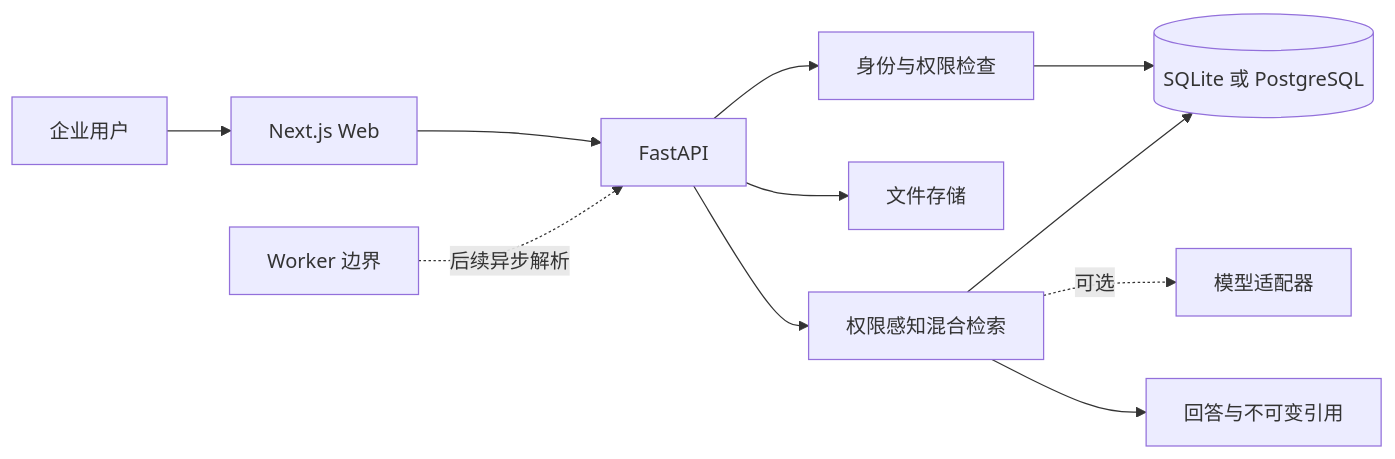
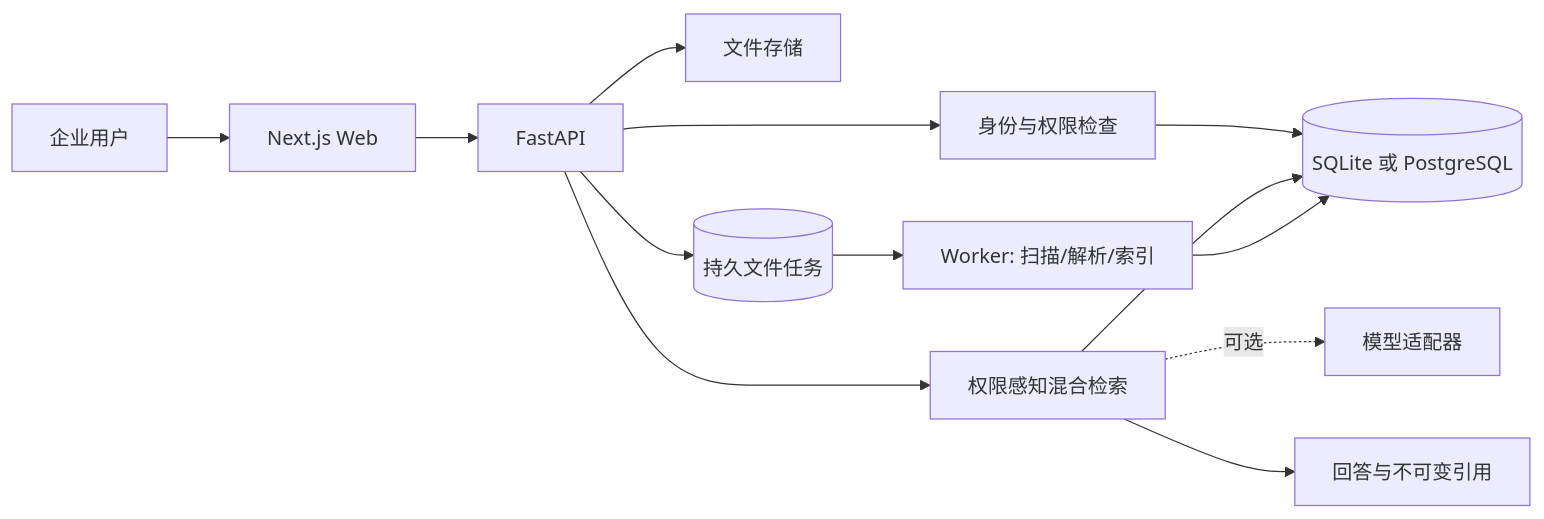
The diagram in README.md (Astronuts777/enterprise-ai-knowledge-assistant), drawn with Mermaid before and after one commit. The commit also changed other lines of this file and 39 other files, not shown here.

````diff
--- a/README.md
+++ b/README.md
@@ -62,13 +69,15 @@
 ```mermaid
 flowchart LR
     U[企业用户] --> W[Next.js Web]
     W --> A[FastAPI]
     A --> P[身份与权限检查]
     P --> D[(SQLite 或 PostgreSQL)]
     A --> F[文件存储]
     A --> R[权限感知混合检索]
     R --> D
     R -. 可选 .-> M[模型适配器]
     R --> C[回答与不可变引用]
-    K[Worker 边界] -. 后续异步解析 .-> A
+    A --> Q[(持久文件任务)]
+    Q --> K[Worker: 扫描/解析/索引]
+    K --> D
 ```
````
